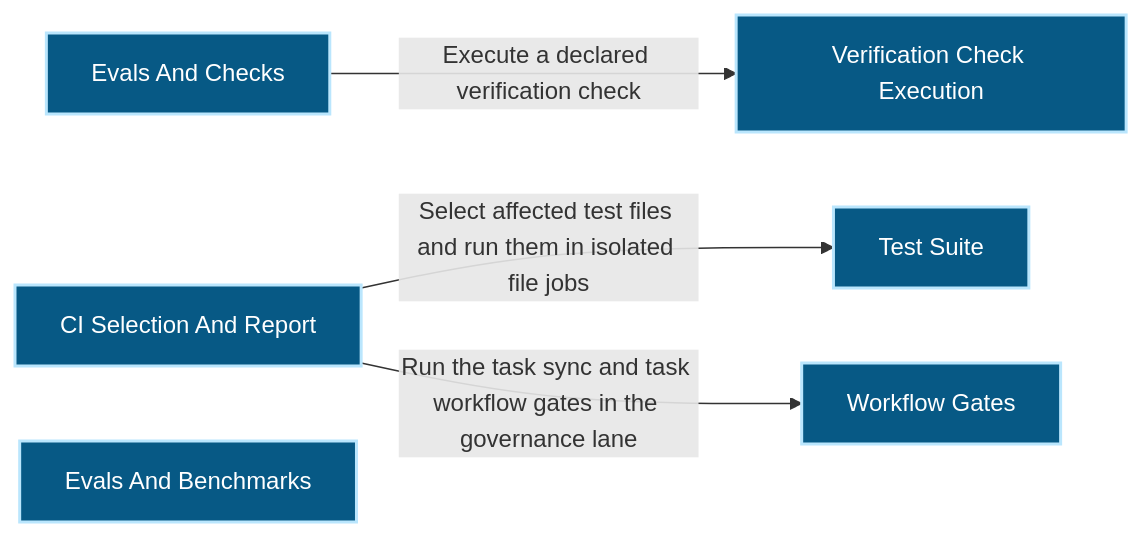
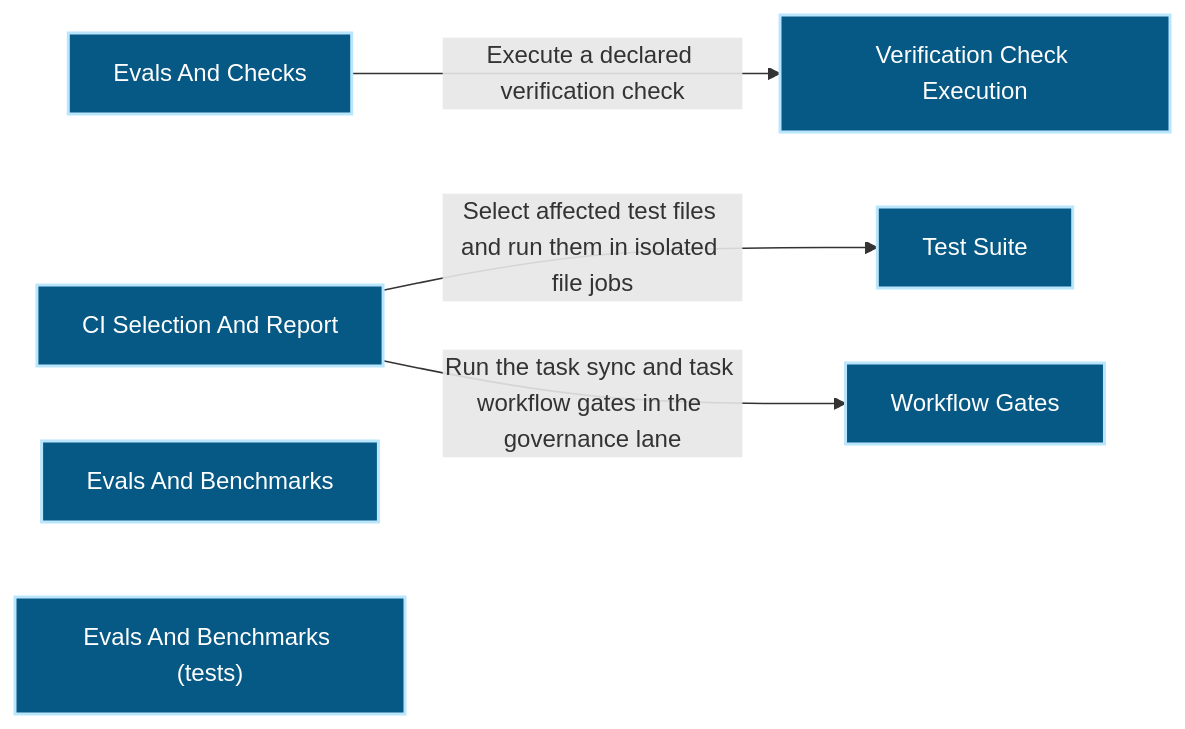
The first of 2 diagrams in docs/architecture/modules/verification/evals-checks.md (Ancienttwo/repo-harness), drawn with Mermaid before and after one commit. The commit also changed other lines of this file and 32 other files, not shown here.

First line of the commit message:
chore(projection): refresh generated architecture outputs for main@4c37d26d25c7

````diff
--- a/docs/architecture/modules/verification/evals-checks.md
+++ b/docs/architecture/modules/verification/evals-checks.md
@@ -15,16 +15,17 @@
 ```mermaid
 flowchart LR
   p1_capability_verification_evals_checks_82b2358d["Evals And Checks"]:::component
   p1_component_evals_checks_ci_selection_1676883f["CI Selection And Report"]:::component
   p1_component_evals_checks_evals_and_benchmarks_d3fc3d88["Evals And Benchmarks"]:::component
+  p1_component_evals_checks_evals_and_benchmarks_tests_35f650fc["Evals And Benchmarks (tests)"]:::component
   p1_component_evals_checks_primary_dcf800ce["Verification Check Execution"]:::component
   p1_component_evals_checks_test_suite_c0118bc1["Test Suite"]:::component
   p1_component_evals_checks_workflow_gates_ac14cbe4["Workflow Gates"]:::component
   p1_component_evals_checks_ci_selection_1676883f -->|"Select affected test files and run them in isolated file jobs"| p1_component_evals_checks_test_suite_c0118bc1
   p1_component_evals_checks_ci_selection_1676883f -->|"Run the task sync and task workflow gates in the governance lane"| p1_component_evals_checks_workflow_gates_ac14cbe4
   p1_capability_verification_evals_checks_82b2358d -->|"Execute a declared verification check"| p1_component_evals_checks_primary_dcf800ce
   classDef actor fill:#111827,color:#ffffff,stroke:#f9fafb,stroke-width:2px
   classDef component fill:#075985,color:#ffffff,stroke:#bae6fd,stroke-width:2px
   classDef datastore fill:#3f6212,color:#ffffff,stroke:#d9f99d,stroke-width:2px
   classDef external fill:#7c2d12,color:#ffffff,stroke:#fed7aa,stroke-width:2px
 ```
````
